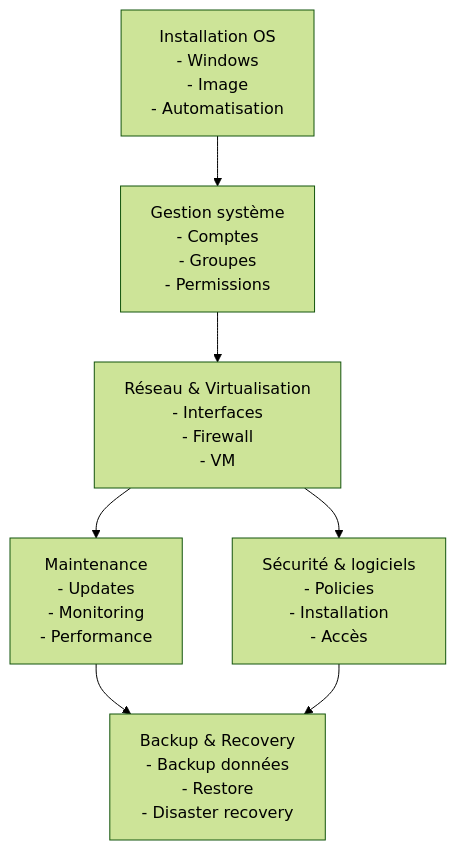
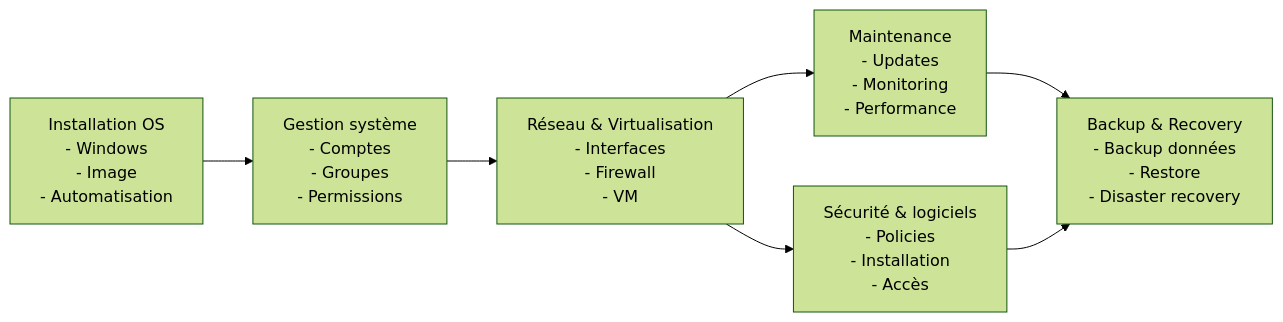
One commit to CollegeBoreal/INF1092-201-26E-01 changed the diagram in 0.PlanDeCours/README.md. Above: the diagram before and after it, drawn with Mermaid (forest theme).

Commit message:
Change flowchart direction from TD to LR

````diff
--- a/0.PlanDeCours/README.md
+++ b/0.PlanDeCours/README.md
@@ -20,46 +20,46 @@
 ```mermaid
-flowchart TD
+flowchart LR
 
 A["
 Installation OS
   - Windows
   - Image
   - Automatisation
 "]
 
 --> B["
 Gestion système
   - Comptes
   - Groupes
   - Permissions
 "]
 
 B --> C["
 Réseau & Virtualisation
   - Interfaces
   - Firewall
   - VM
 "]
 
 C --> D1["
 Maintenance
   - Updates
   - Monitoring
   - Performance
 "]
 C --> D2["
 Sécurité & logiciels
   - Policies
   - Installation
   - Accès
 "]
 
 D1 --> E["
 Backup & Recovery
 - Backup données
 - Restore
 - Disaster recovery
 "]
 
 D2 --> E
 ```
````
